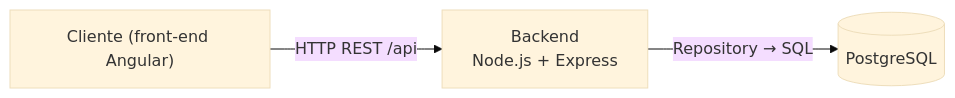
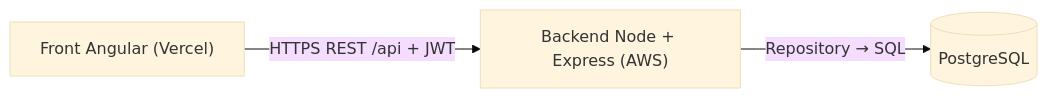
One commit to undercovered/backend-active-recall changed the first of 3 diagrams in docs/ARCHITECTURE.md. Above: the diagram before and after it, drawn with Mermaid (base theme). The commit also changed other lines of this file and 33 other files, not shown here.

````diff
--- a/docs/ARCHITECTURE.md
+++ b/docs/ARCHITECTURE.md
@@ -19,5 +21,5 @@
 ```mermaid
 flowchart LR
-    Cliente["Cliente (front-end Angular)"] -- "HTTP REST /api" --> BE["Backend<br/>Node.js + Express"]
+    Cliente["Front Angular (Vercel)"] -- "HTTPS REST /api + JWT" --> BE["Backend Node + Express (AWS)"]
     BE -- "Repository → SQL" --> DB[("PostgreSQL")]
 ```
````
